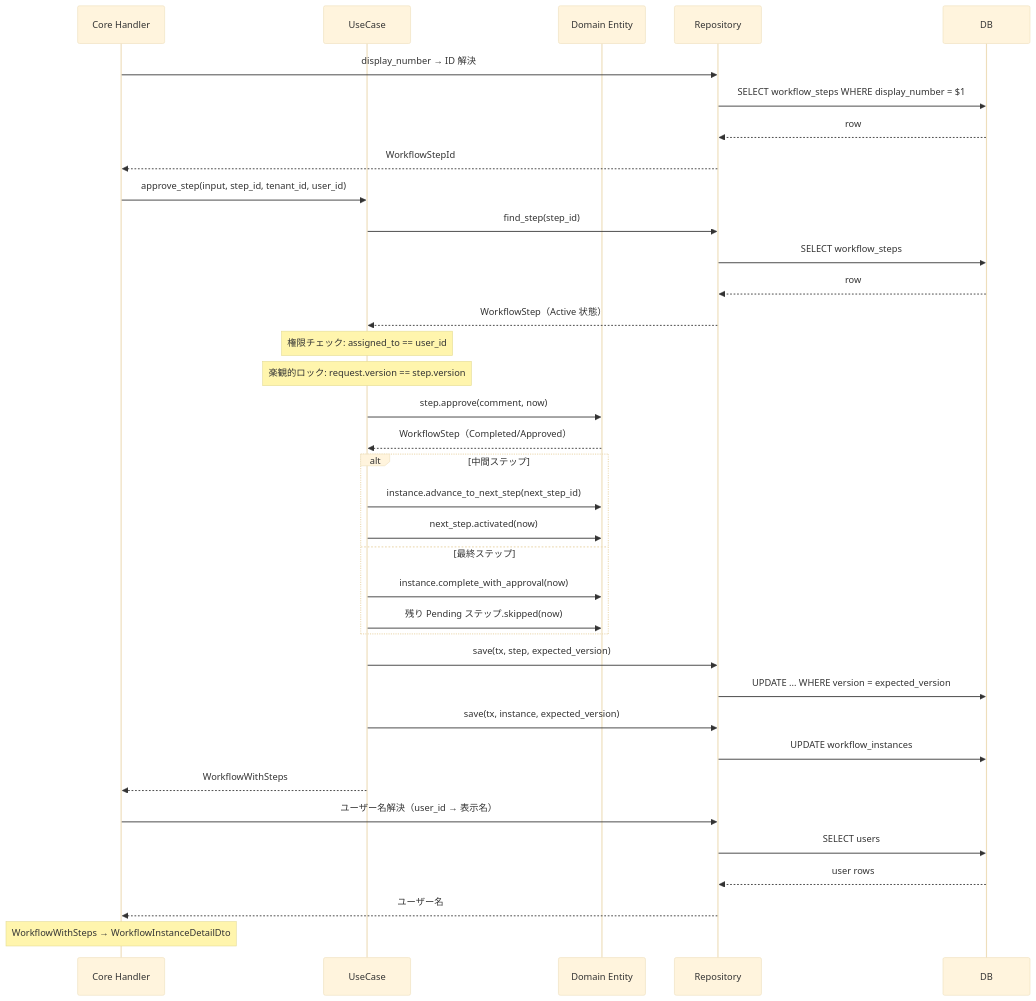
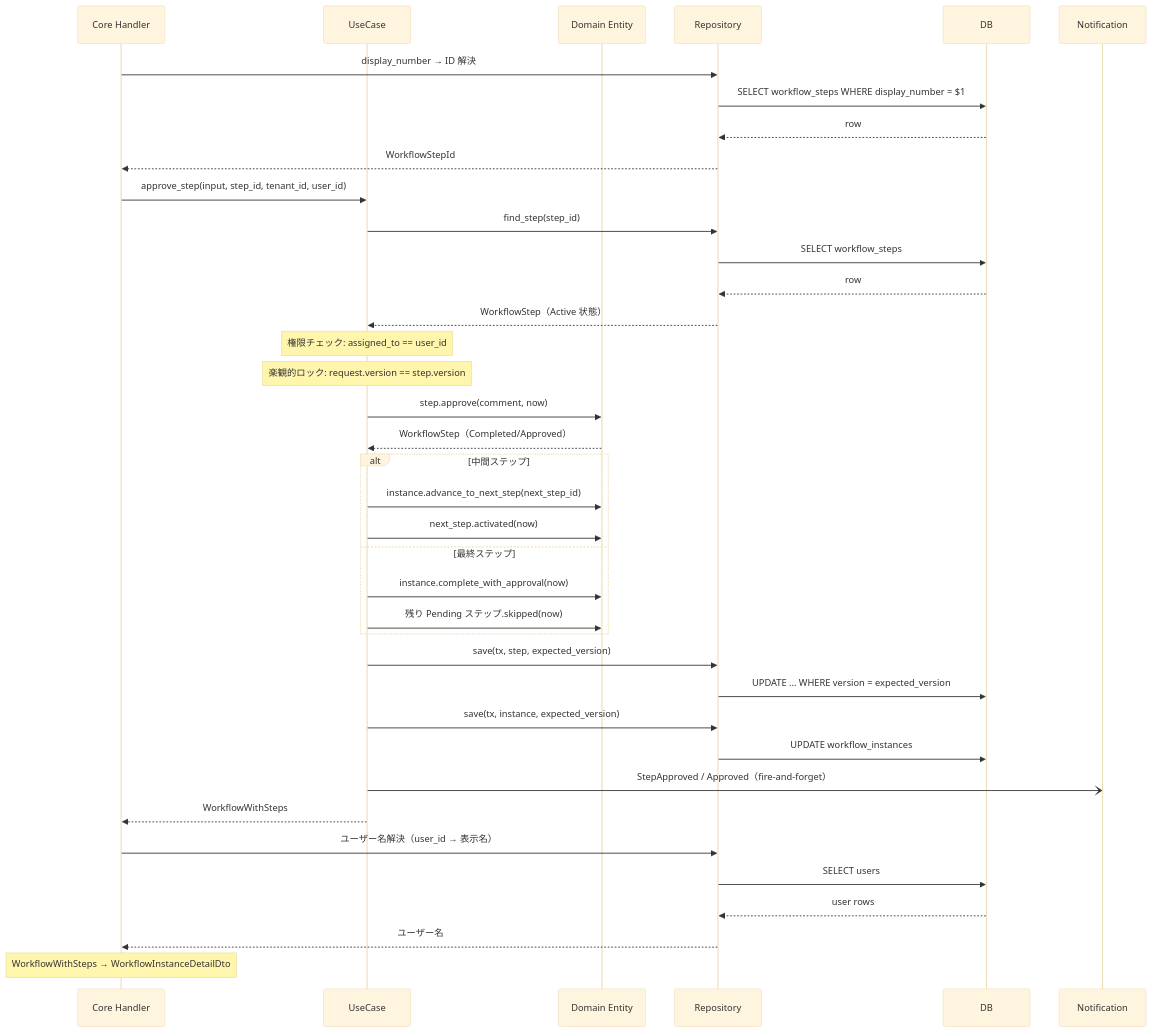
One commit to ka2kama/ringiflow changed the fourth of 6 diagrams in docs/90_実装解説/ワークフロー/02_承認・却下フロー.md. Above: the diagram before and after it, drawn with Mermaid (base theme). The commit also changed other lines of this file, not shown here.

Commit message:
#1128 Fix review feedback: version type i32, add notification to internal flow
- Fix version type from i64 to i32 in type conversion section
- Add notification step (fire-and-forget) to Core internal flow diagram

````diff
--- a/docs/90_実装解説/ワークフロー/02_承認・却下フロー.md
+++ b/docs/90_実装解説/ワークフロー/02_承認・却下フロー.md
@@ -165,46 +165,49 @@
 ```mermaid
 sequenceDiagram
     participant Handler as Core Handler
     participant UC as UseCase
     participant Domain as Domain Entity
     participant Repo as Repository
     participant DB as DB
+    participant Notify as Notification
 
     Handler->>Repo: display_number → ID 解決
     Repo->>DB: SELECT workflow_steps WHERE display_number = $1
     DB-->>Repo: row
     Repo-->>Handler: WorkflowStepId
 
     Handler->>UC: approve_step(input, step_id, tenant_id, user_id)
 
     UC->>Repo: find_step(step_id)
     Repo->>DB: SELECT workflow_steps
     DB-->>Repo: row
     Repo-->>UC: WorkflowStep（Active 状態）
 
     Note over UC: 権限チェック: assigned_to == user_id
     Note over UC: 楽観的ロック: request.version == step.version
 
     UC->>Domain: step.approve(comment, now)
     Domain-->>UC: WorkflowStep（Completed/Approved）
 
     alt 中間ステップ
         UC->>Domain: instance.advance_to_next_step(next_step_id)
         UC->>Domain: next_step.activated(now)
     else 最終ステップ
         UC->>Domain: instance.complete_with_approval(now)
         UC->>Domain: 残り Pending ステップ.skipped(now)
     end
 
     UC->>Repo: save(tx, step, expected_version)
     Repo->>DB: UPDATE ... WHERE version = expected_version
     UC->>Repo: save(tx, instance, expected_version)
     Repo->>DB: UPDATE workflow_instances
 
+    UC-)Notify: StepApproved / Approved（fire-and-forget）
+
     UC-->>Handler: WorkflowWithSteps
     Handler->>Repo: ユーザー名解決（user_id → 表示名）
     Repo->>DB: SELECT users
     DB-->>Repo: user rows
     Repo-->>Handler: ユーザー名
     Note over Handler: WorkflowWithSteps → WorkflowInstanceDetailDto
 ```
````
